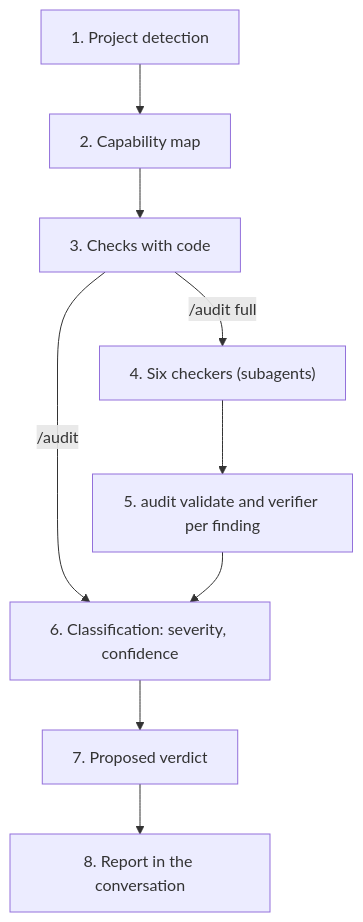
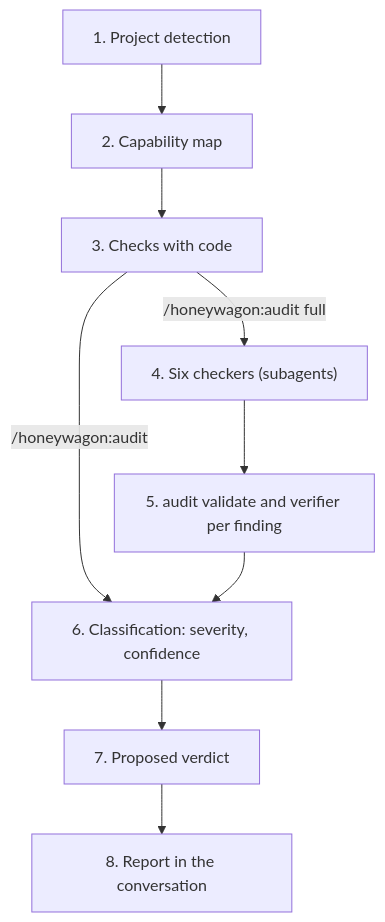
One commit to evgenia-lenti/honeywagon changed the diagram in docs/tdd.md. Above: the diagram before and after it, drawn with Mermaid. The commit also changed other lines of this file and 8 other files, not shown here.

First line of the commit message:
Document the plugin and rename the command to /honeywagon:audit

````diff
--- a/docs/tdd.md
+++ b/docs/tdd.md
@@ -43,11 +43,11 @@
 ```mermaid
 flowchart TD
     A["1. Project detection"] --> B["2. Capability map"]
     B --> C["3. Checks with code"]
-    C -->|"/audit"| G["6. Classification: severity, confidence"]
-    C -->|"/audit full"| D["4. Six checkers (subagents)"]
+    C -->|"/honeywagon:audit"| G["6. Classification: severity, confidence"]
+    C -->|"/honeywagon:audit full"| D["4. Six checkers (subagents)"]
     D --> E["5. audit validate and verifier per finding"]
     E --> G
     G --> H["7. Proposed verdict"]
     H --> I["8. Report in the conversation"]
 ```
````
